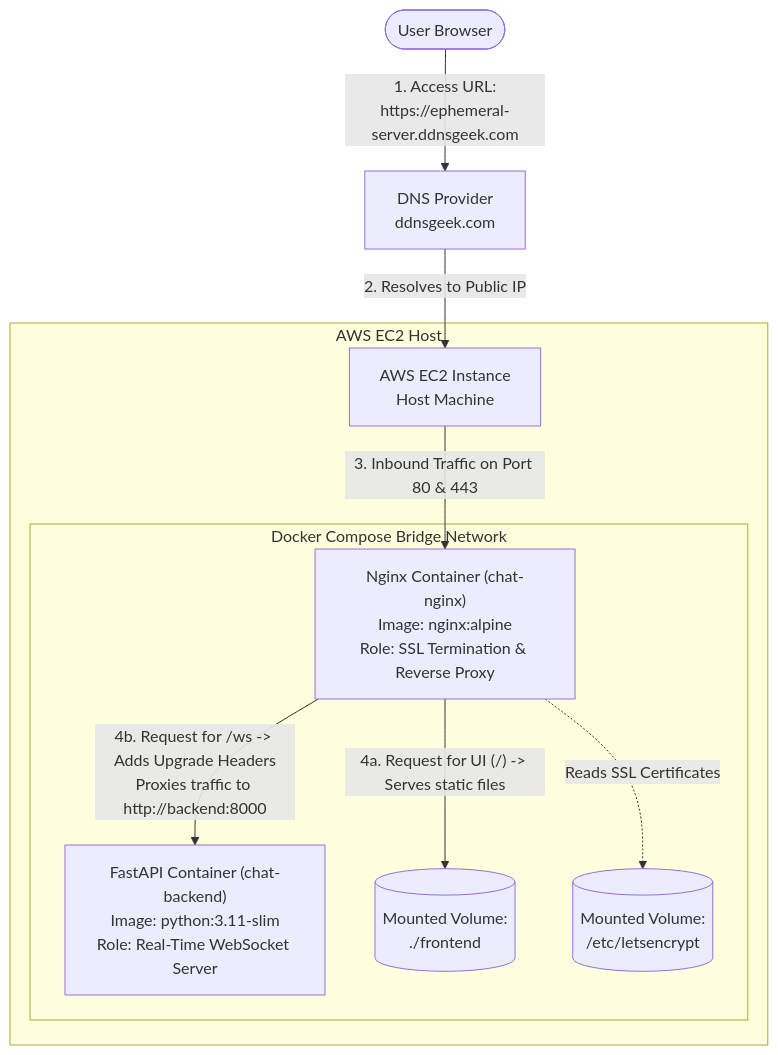
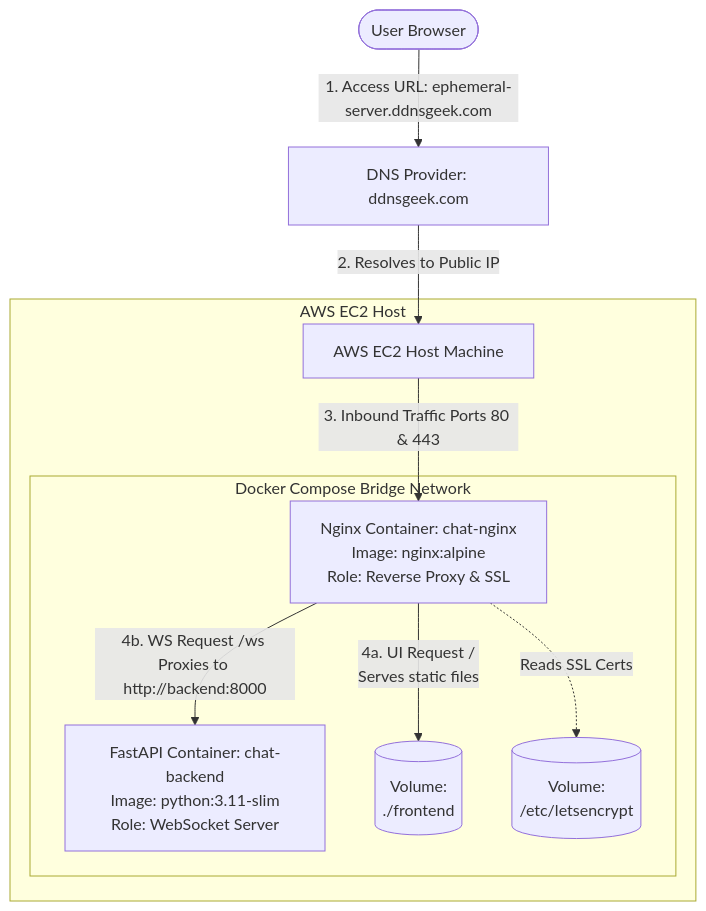
Before and after one commit to geekcoderr/devops_assignmnet: the diagram in README.md, drawn with Mermaid.

Commit message:
Fix markdown rendering of diagram text truncation

````diff
--- a/README.md
+++ b/README.md
@@ -14,19 +14,21 @@
 ```mermaid
 graph TD
-    User([User Browser]) -- "1. Access URL:\nhttps://ephemeral-server.ddnsgeek.com" --> DNS[DNS Provider\nddnsgeek.com]
-    DNS -- "2. Resolves to Public IP" --> EC2[AWS EC2 Instance\nHost Machine]
+    User([User Browser]) -->|1. Access URL: ephemeral-server.ddnsgeek.com| DNS[DNS Provider: ddnsgeek.com]
+    DNS -->|2. Resolves to Public IP| EC2[AWS EC2 Host Machine]
     
-    subgraph Docker Host [AWS EC2 Host]
-        EC2 -- "3. Inbound Traffic on Port 80 & 443" --> Nginx
+    subgraph Docker_Host [AWS EC2 Host]
+        EC2 -->|3. Inbound Traffic Ports 80 & 443| Nginx
         
-        subgraph Docker Network [Docker Compose Bridge Network]
-            Nginx["Nginx Container (chat-nginx)\nImage: nginx:alpine\nRole: SSL Termination & Reverse Proxy"]
-            Backend["FastAPI Container (chat-backend)\nImage: python:3.11-slim\nRole: Real-Time WebSocket Server"]
+        subgraph Docker_Network [Docker Compose Bridge Network]
+            Nginx[Nginx Container: chat-nginx<br>Image: nginx:alpine<br>Role: Reverse Proxy & SSL]
+            Backend[FastAPI Container: chat-backend<br>Image: python:3.11-slim<br>Role: WebSocket Server]
+            VolFrontend[(Volume:<br>./frontend)]
+            VolSSL[(Volume:<br>/etc/letsencrypt)]
             
-            Nginx -- "4a. Request for UI (/) -> Serves static files" --> VolFrontend[("Mounted Volume:\n./frontend")]
-            Nginx -. "Reads SSL Certificates" .-> VolSSL[("Mounted Volume:\n/etc/letsencrypt")]
+            Nginx -->|4a. UI Request / <br>Serves static files| VolFrontend
+            Nginx -.->|Reads SSL Certs| VolSSL
             
-            Nginx -- "4b. Request for /ws -> Adds Upgrade Headers\nProxies traffic to http://backend:8000" --> Backend
+            Nginx -->|4b. WS Request /ws <br>Proxies to http://backend:8000| Backend
         end
     end
 ```
````
